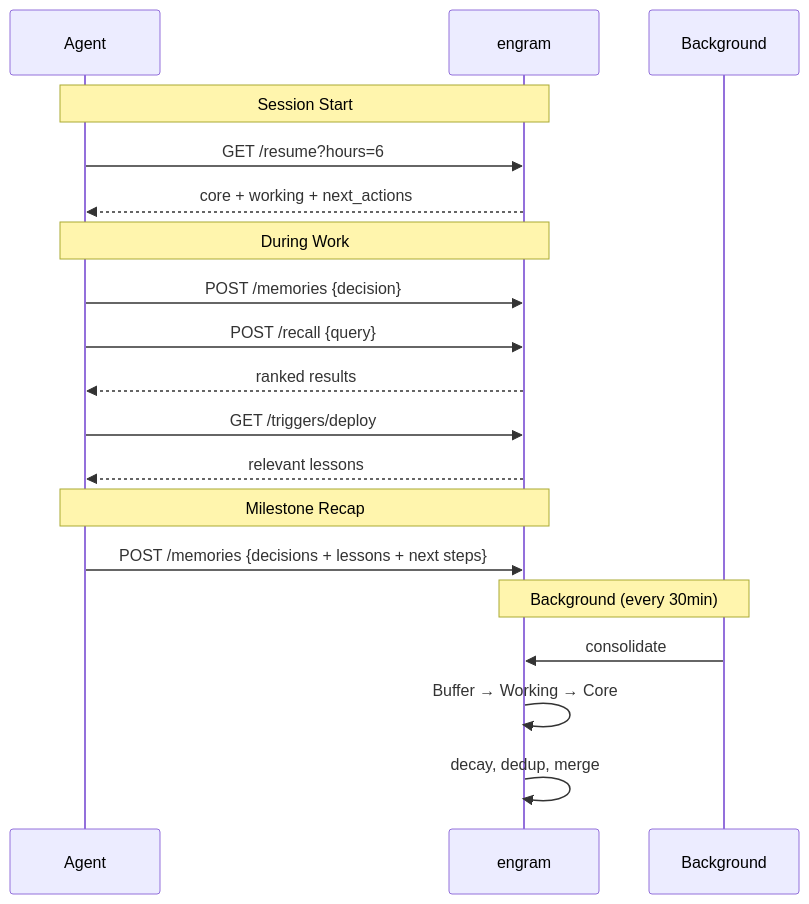
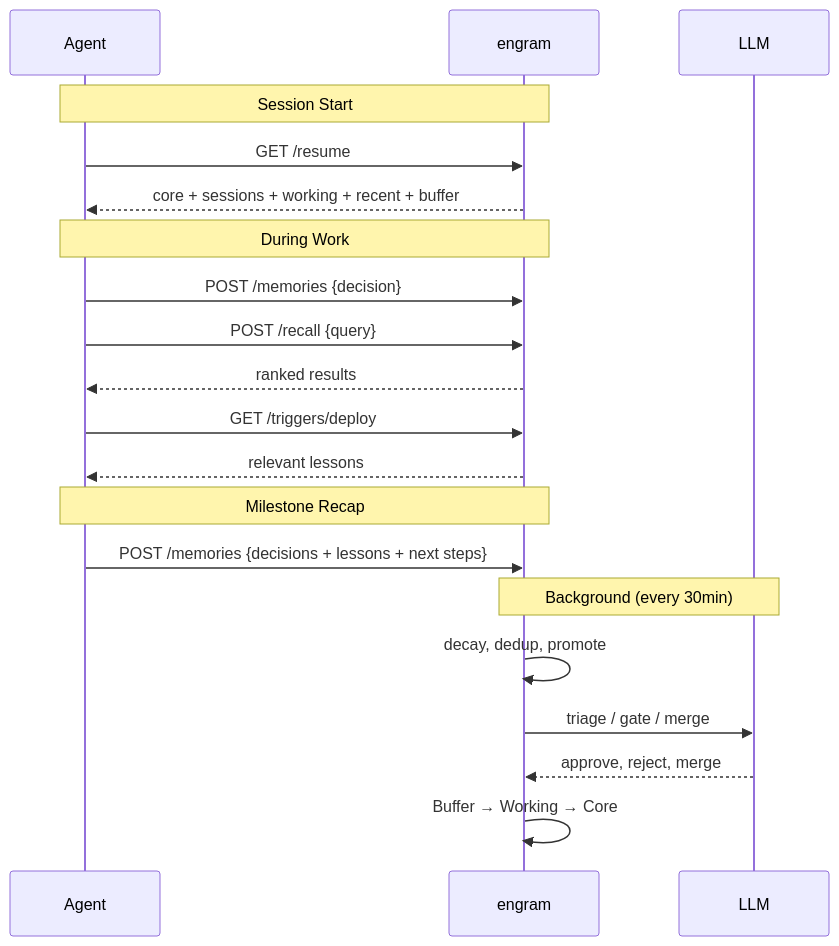
The diagram in README.md (kael-bit/engram-rs), drawn with Mermaid before and after one commit.

Commit message:
docs: update mermaid diagram to match current behavior

````diff
--- a/README.md
+++ b/README.md
@@ -26,25 +26,26 @@
 ```mermaid
 sequenceDiagram
     participant A as Agent
     participant E as engram
-    participant LLM as Background
+    participant LLM as LLM
 
     Note over A,E: Session Start
-    A->>E: GET /resume?hours=6
-    E-->>A: core + working + next_actions
+    A->>E: GET /resume
+    E-->>A: core + sessions + working + recent + buffer
 
     Note over A,E: During Work
     A->>E: POST /memories {decision}
     A->>E: POST /recall {query}
     E-->>A: ranked results
     A->>E: GET /triggers/deploy
     E-->>A: relevant lessons
 
     Note over A,E: Milestone Recap
     A->>E: POST /memories {decisions + lessons + next steps}
 
     Note over E,LLM: Background (every 30min)
-    LLM->>E: consolidate
+    E->>E: decay, dedup, promote
+    E->>LLM: triage / gate / merge
+    LLM-->>E: approve, reject, merge
     E->>E: Buffer → Working → Core
-    E->>E: decay, dedup, merge
 ```
````
